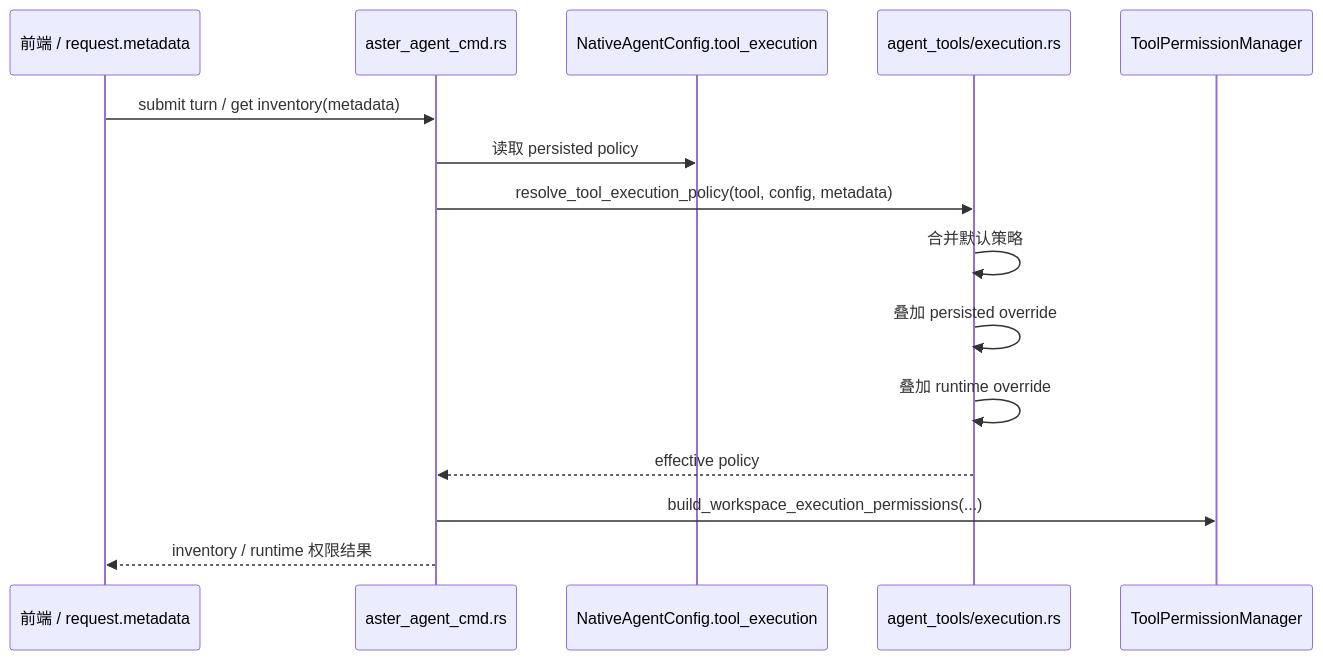
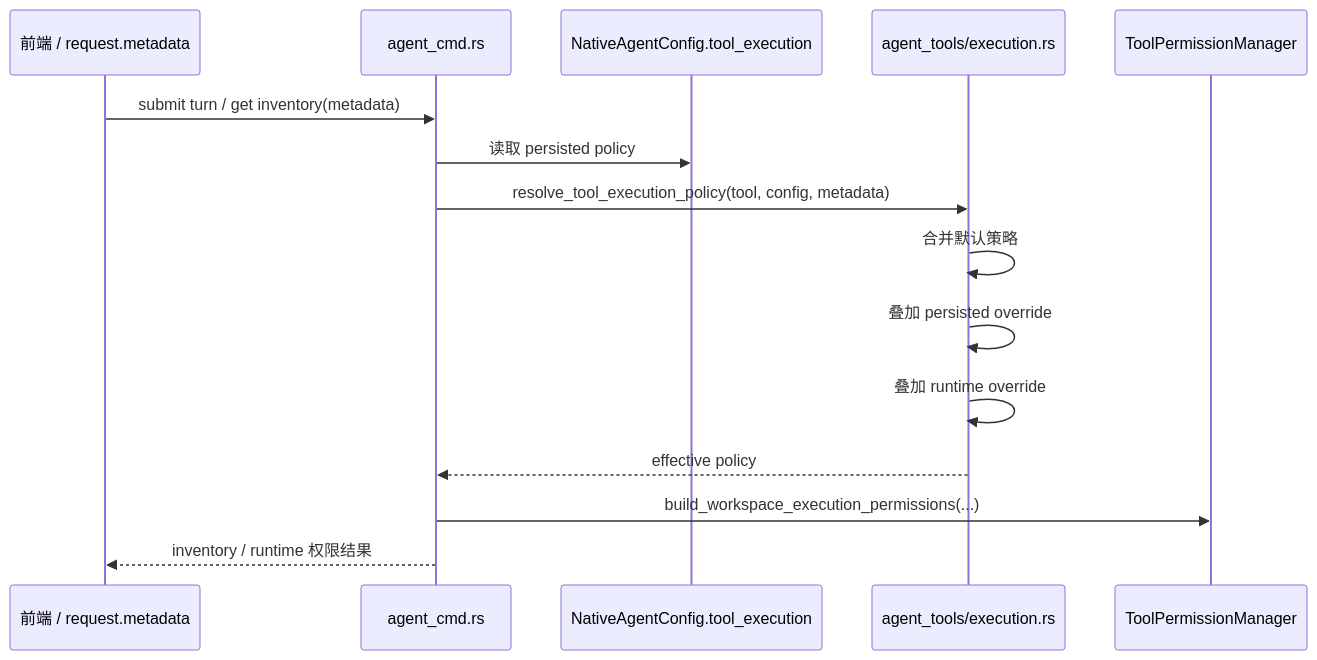
The fourth of 4 diagrams in internal/prd/tools/architecture.md (jiujuan/lime), drawn with Mermaid before and after one commit. The commit also changed other lines of this file and 975 other files, not shown here.

````diff
--- a/internal/prd/tools/architecture.md
+++ b/internal/prd/tools/architecture.md
@@ -238,18 +238,18 @@
 ```mermaid
 sequenceDiagram
     participant UI as 前端 / request.metadata
-    participant CMD as aster_agent_cmd.rs
+    participant CMD as agent_cmd.rs
     participant CFG as NativeAgentConfig.tool_execution
     participant EXEC as agent_tools/execution.rs
     participant PERM as ToolPermissionManager
 
     UI->>CMD: submit turn / get inventory(metadata)
     CMD->>CFG: 读取 persisted policy
     CMD->>EXEC: resolve_tool_execution_policy(tool, config, metadata)
     EXEC->>EXEC: 合并默认策略
     EXEC->>EXEC: 叠加 persisted override
     EXEC->>EXEC: 叠加 runtime override
     EXEC-->>CMD: effective policy
     CMD->>PERM: build_workspace_execution_permissions(...)
     CMD-->>UI: inventory / runtime 权限结果
 ```
````
